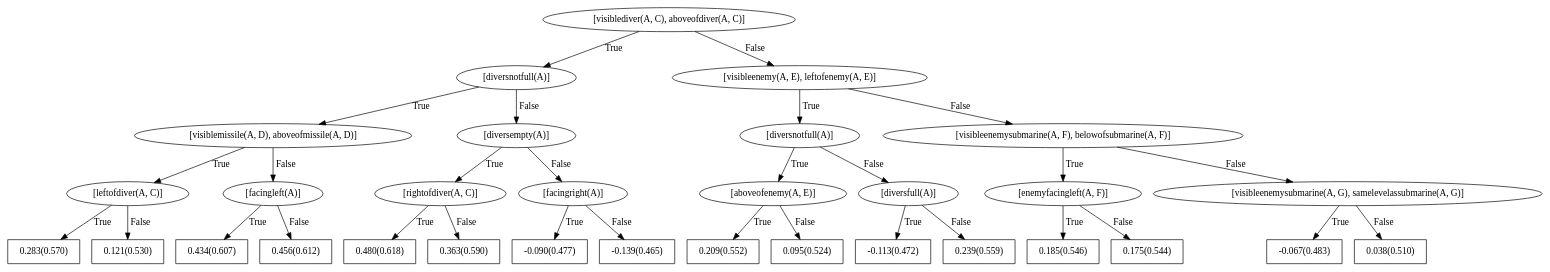
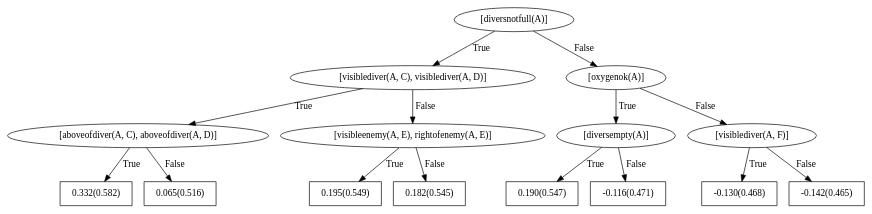
One commit to nikhileshp/NeSY-Imitation-Learning changed the diagram in rdn_models/seaquest/all/negpos_2_trees_1_depth_2_grounding_penalty_0.1/down/bRDNs/dotFiles/WILLTreeFor_action0.dot. Above: the diagram before and after it, drawn with Graphviz. The commit also changed 424 other files, not shown here.

```diff
--- a/rdn_models/seaquest/all/negpos_2_trees_1_depth_2_grounding_penalty_0.1/down/bRDNs/dotFiles/WILLTreeFor_action0.dot
+++ b/rdn_models/seaquest/all/negpos_2_trees_1_depth_2_grounding_penalty_0.1/down/bRDNs/dotFiles/WILLTreeFor_action0.dot
@@ -1,63 +1,31 @@
 digraph G{ 
-1[label = "[visiblediver(A, C), aboveofdiver(A, C)]"];
+1[label = "[diversnotfull(A)]"];
 1 -> 2[label="True"];
 1 -> 3[label="False"];
-2[label = "[diversnotfull(A)]"];
+2[label = "[visiblediver(A, C), visiblediver(A, D)]"];
 2 -> 4[label="True"];
 2 -> 5[label="False"];
-4[label = "[visiblemissile(A, D), aboveofmissile(A, D)]"];
+4[label = "[aboveofdiver(A, C), aboveofdiver(A, D)]"];
 4 -> 6[label="True"];
 4 -> 7[label="False"];
-6[label = "[leftofdiver(A, C)]"];
-6 -> 8[label="True"];
-6 -> 9[label="False"];
-8[shape = box,label = "0.283(0.570)"];
-9[shape = box,label = "0.121(0.530)"];
-7[label = "[facingleft(A)]"];
-7 -> 10[label="True"];
-7 -> 11[label="False"];
-10[shape = box,label = "0.434(0.607)"];
-11[shape = box,label = "0.456(0.612)"];
-5[label = "[diversempty(A)]"];
-5 -> 12[label="True"];
-5 -> 13[label="False"];
-12[label = "[rightofdiver(A, C)]"];
-12 -> 14[label="True"];
-12 -> 15[label="False"];
-14[shape = box,label = "0.480(0.618)"];
-15[shape = box,label = "0.363(0.590)"];
-13[label = "[facingright(A)]"];
-13 -> 16[label="True"];
-13 -> 17[label="False"];
-16[shape = box,label = "-0.090(0.477)"];
-17[shape = box,label = "-0.139(0.465)"];
-3[label = "[visibleenemy(A, E), leftofenemy(A, E)]"];
-3 -> 18[label="True"];
-3 -> 19[label="False"];
-18[label = "[diversnotfull(A)]"];
-18 -> 20[label="True"];
-18 -> 21[label="False"];
-20[label = "[aboveofenemy(A, E)]"];
-20 -> 22[label="True"];
-20 -> 23[label="False"];
-22[shape = box,label = "0.209(0.552)"];
-23[shape = box,label = "0.095(0.524)"];
-21[label = "[diversfull(A)]"];
-21 -> 24[label="True"];
-21 -> 25[label="False"];
-24[shape = box,label = "-0.113(0.472)"];
-25[shape = box,label = "0.239(0.559)"];
-19[label = "[visibleenemysubmarine(A, F), belowofsubmarine(A, F)]"];
-19 -> 26[label="True"];
-19 -> 27[label="False"];
-26[label = "[enemyfacingleft(A, F)]"];
-26 -> 28[label="True"];
-26 -> 29[label="False"];
-28[shape = box,label = "0.185(0.546)"];
-29[shape = box,label = "0.175(0.544)"];
-27[label = "[visibleenemysubmarine(A, G), samelevelassubmarine(A, G)]"];
-27 -> 30[label="True"];
-27 -> 31[label="False"];
-30[shape = box,label = "-0.067(0.483)"];
-31[shape = box,label = "0.038(0.510)"];
+6[shape = box,label = "0.332(0.582)"];
+7[shape = box,label = "0.065(0.516)"];
+5[label = "[visibleenemy(A, E), rightofenemy(A, E)]"];
+5 -> 8[label="True"];
+5 -> 9[label="False"];
+8[shape = box,label = "0.195(0.549)"];
+9[shape = box,label = "0.182(0.545)"];
+3[label = "[oxygenok(A)]"];
+3 -> 10[label="True"];
+3 -> 11[label="False"];
+10[label = "[diversempty(A)]"];
+10 -> 12[label="True"];
+10 -> 13[label="False"];
+12[shape = box,label = "0.190(0.547)"];
+13[shape = box,label = "-0.116(0.471)"];
+11[label = "[visiblediver(A, F)]"];
+11 -> 14[label="True"];
+11 -> 15[label="False"];
+14[shape = box,label = "-0.130(0.468)"];
+15[shape = box,label = "-0.142(0.465)"];
 }
```
